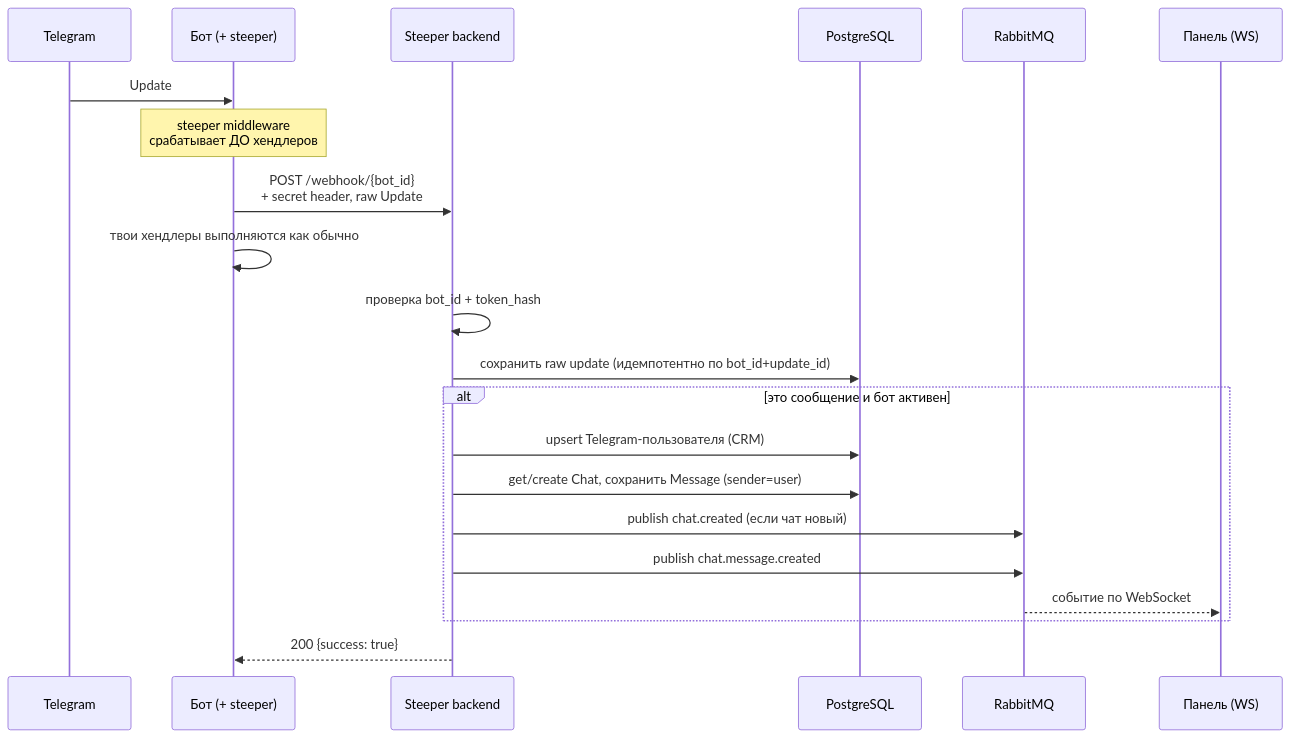
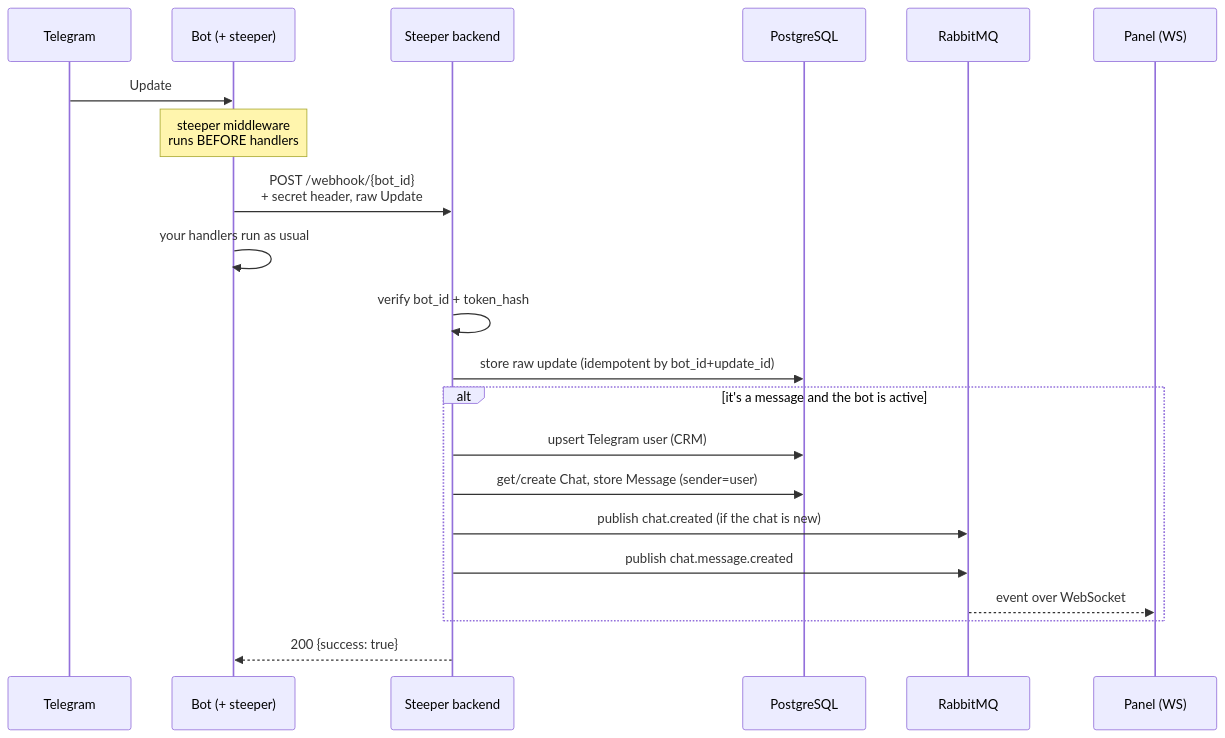
The second of 3 diagrams in docs/OVERVIEW.md (KarimovMurodilla/steeper), drawn with Mermaid before and after one commit. The commit also changed other lines of this file and 5 other files, not shown here.

First line of the commit message:
fix: move auth secret out of bot-message URL and unblock telebot forwarding

````diff
--- a/docs/OVERVIEW.md
+++ b/docs/OVERVIEW.md
@@ -227,24 +231,24 @@
 ```mermaid
 sequenceDiagram
     participant TG as Telegram
-    participant Bot as Бот (+ steeper)
+    participant Bot as Bot (+ steeper)
     participant API as Steeper backend
     participant DB as PostgreSQL
     participant MQ as RabbitMQ
-    participant UI as Панель (WS)
+    participant UI as Panel (WS)
 
     TG->>Bot: Update
-    Note over Bot: steeper middleware<br/>срабатывает ДО хендлеров
+    Note over Bot: steeper middleware<br/>runs BEFORE handlers
     Bot->>API: POST /webhook/{bot_id}<br/>+ secret header, raw Update
-    Bot->>Bot: твои хендлеры выполняются как обычно
-    API->>API: проверка bot_id + token_hash
-    API->>DB: сохранить raw update (идемпотентно по bot_id+update_id)
-    alt это сообщение и бот активен
-        API->>DB: upsert Telegram-пользователя (CRM)
-        API->>DB: get/create Chat, сохранить Message (sender=user)
-        API->>MQ: publish chat.created (если чат новый)
+    Bot->>Bot: your handlers run as usual
+    API->>API: verify bot_id + token_hash
+    API->>DB: store raw update (idempotent by bot_id+update_id)
+    alt it's a message and the bot is active
+        API->>DB: upsert Telegram user (CRM)
+        API->>DB: get/create Chat, store Message (sender=user)
+        API->>MQ: publish chat.created (if the chat is new)
         API->>MQ: publish chat.message.created
-        MQ-->>UI: событие по WebSocket
+        MQ-->>UI: event over WebSocket
     end
     API-->>Bot: 200 {success: true}
 ```
````
